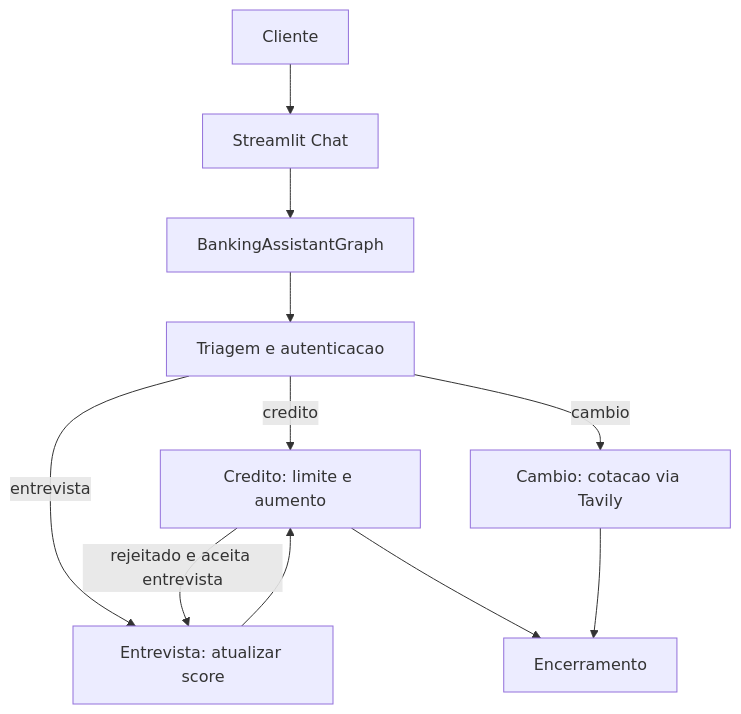
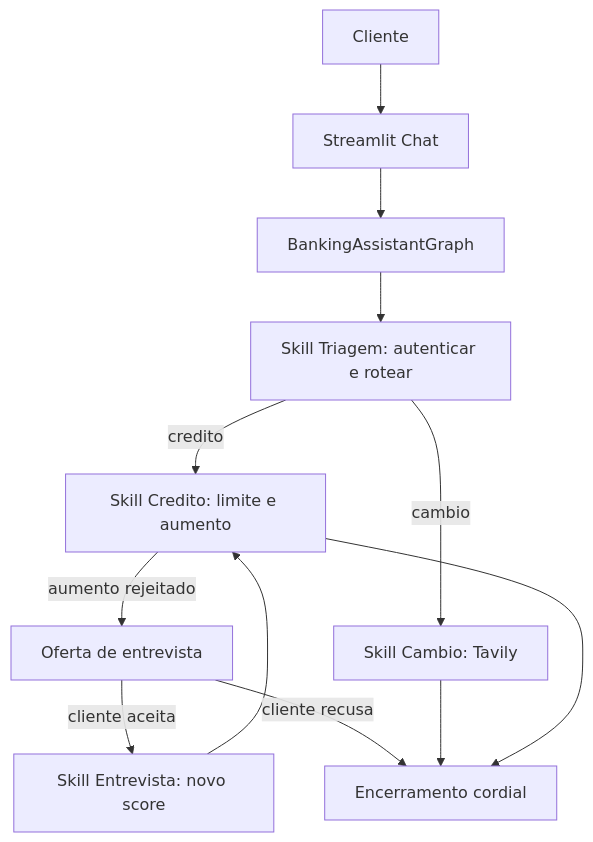
The diagram in README.md (biancamartello/challenge_consultor_tech4h), drawn with Mermaid before and after one commit. The commit also changed other lines of this file and 15 other files, not shown here.

First line of the commit message:
Add humanized conversation layer, flow memory and structured LLM extraction

````diff
--- a/README.md
+++ b/README.md
@@ -34,13 +43,14 @@
 ```mermaid
 flowchart TD
-    cliente["Cliente"] --> streamlitChat["Streamlit Chat"]
-    streamlitChat --> bankingAssistant["BankingAssistantGraph"]
-    bankingAssistant --> triageNode["Triagem e autenticacao"]
-    triageNode -->|"credito"| creditNode["Credito: limite e aumento"]
-    triageNode -->|"entrevista"| interviewNode["Entrevista: atualizar score"]
-    triageNode -->|"cambio"| exchangeNode["Cambio: cotacao via Tavily"]
-    creditNode -->|"rejeitado e aceita entrevista"| interviewNode
-    creditNode --> endNode["Encerramento"]
-    interviewNode --> creditNode
-    exchangeNode --> endNode
+    cliente["Cliente"] --> ui["Streamlit Chat"]
+    ui --> grafo["BankingAssistantGraph"]
+    grafo --> triagem["Skill Triagem: autenticar e rotear"]
+    triagem -->|"credito"| credito["Skill Credito: limite e aumento"]
+    triagem -->|"cambio"| cambio["Skill Cambio: Tavily"]
+    credito -->|"aumento rejeitado"| oferta["Oferta de entrevista"]
+    oferta -->|"cliente aceita"| entrevista["Skill Entrevista: novo score"]
+    oferta -->|"cliente recusa"| encerra["Encerramento cordial"]
+    entrevista --> credito
+    cambio --> encerra
+    credito --> encerra
 ```
````
